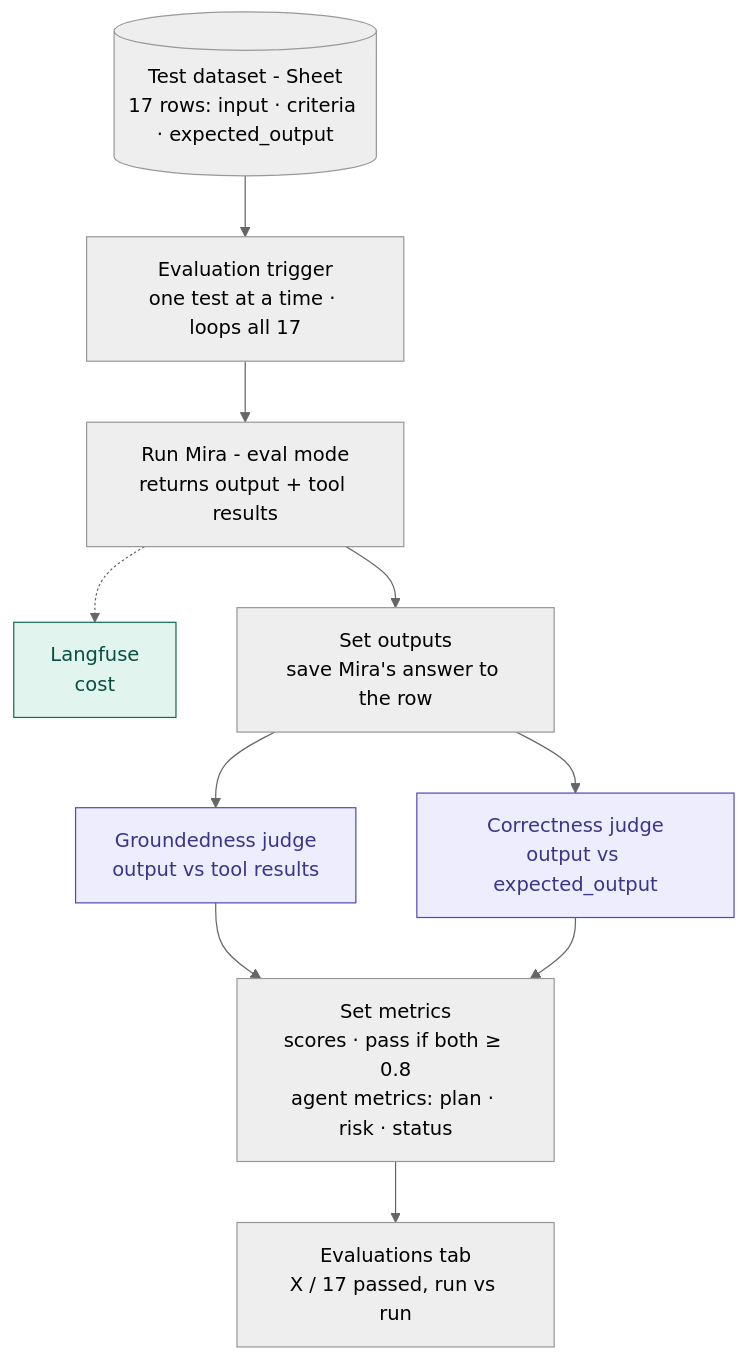
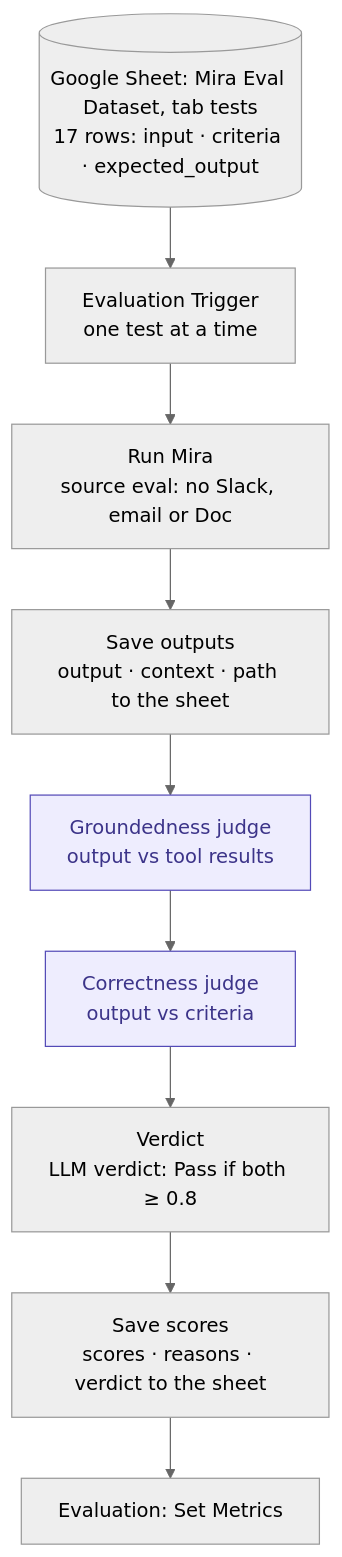
One commit to colinm77/mira_capstone changed the diagram in docs/05_metric_implementation_and_cost.md. Above: the diagram before and after it, drawn with Mermaid (neutral theme). The commit also changed other lines of this file and 4 other files, not shown here.

First line of the commit message:
Doc 05: describe the eval and trace as built; cost from measured numbers

````diff
--- a/docs/05_metric_implementation_and_cost.md
+++ b/docs/05_metric_implementation_and_cost.md
@@ -13,17 +13,14 @@
 ```mermaid
 flowchart TD
-    DS[(Test dataset - Sheet<br/>17 rows: input · criteria · expected_output)] --> ET[Evaluation trigger<br/>one test at a time · loops all 17]
-    ET --> RUN[Run Mira - eval mode<br/>returns output + tool results]
-    RUN -.-> LF[Langfuse<br/>cost]
-    RUN --> SO[Set outputs<br/>save Mira's answer to the row]
+    DS[(Google Sheet: Mira Eval Dataset, tab tests<br/>17 rows: input · criteria · expected_output)] --> ET[Evaluation Trigger<br/>one test at a time]
+    ET --> RUN[Run Mira<br/>source eval: no Slack, email or Doc]
+    RUN --> SO[Save outputs<br/>output · context · path to the sheet]
     SO --> G[Groundedness judge<br/>output vs tool results]
-    SO --> C[Correctness judge<br/>output vs expected_output]
-    G --> SM[Set metrics<br/>scores · pass if both ≥ 0.8<br/>agent metrics: plan · risk · status]
-    C --> SM
-    SM --> EV[Evaluations tab<br/>X / 17 passed, run vs run]
+    G --> C[Correctness judge<br/>output vs criteria]
+    C --> V[Verdict<br/>LLM verdict: Pass if both ≥ 0.8]
+    V --> SS[Save scores<br/>scores · reasons · verdict to the sheet]
+    SS --> M[Evaluation: Set Metrics]
 
     classDef judge fill:#EEEDFE,stroke:#534AB7,color:#3C3489
-    classDef trace fill:#E1F5EE,stroke:#0F6E56,color:#085041
     class G,C judge
-    class LF trace
 ```
````
